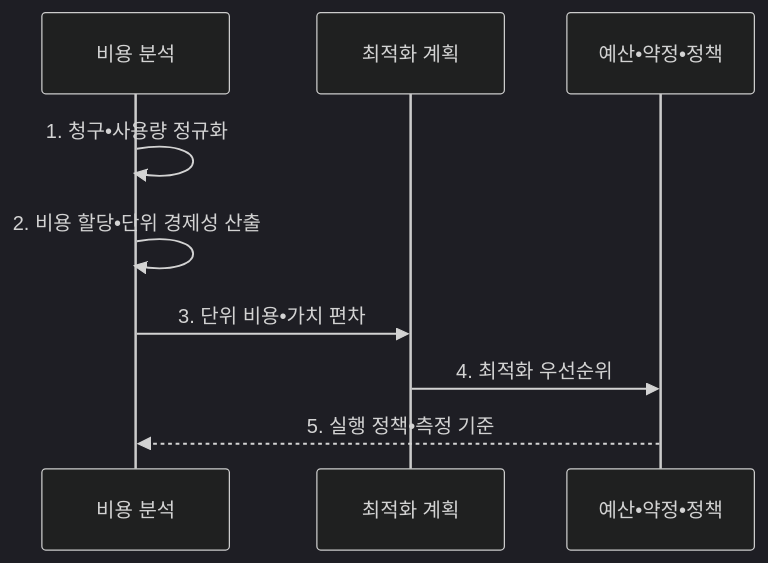
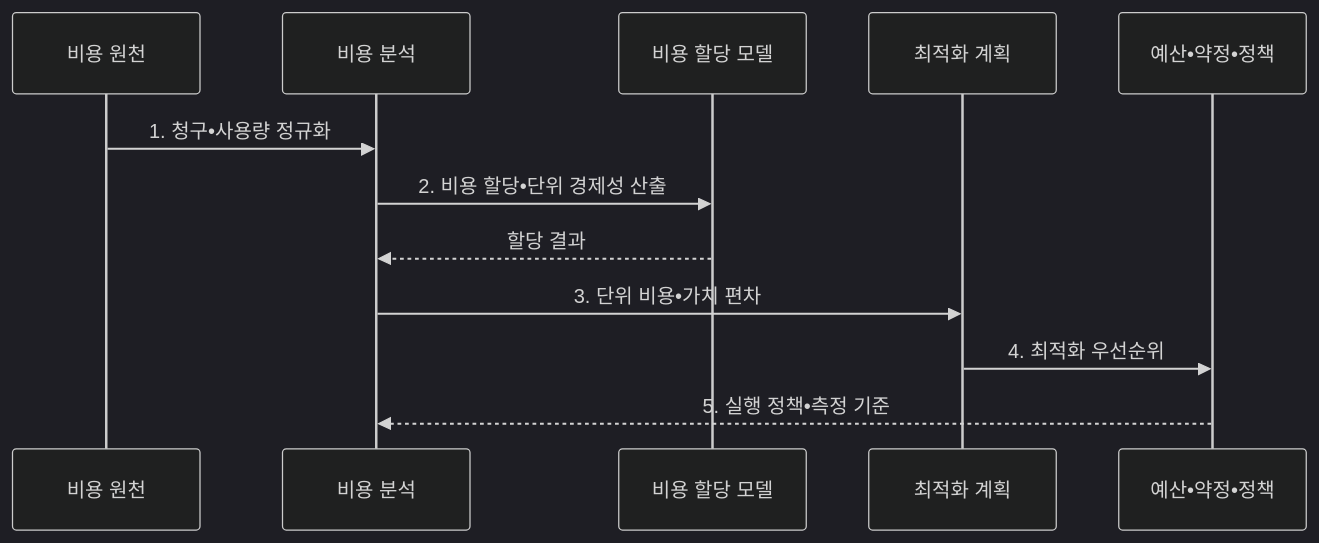
Before and after one commit to agnusdei1207/knowledge-base: the second of 2 diagrams in src/content/docs/notes/03-software/147_finops.md, drawn with Mermaid (dark theme). The commit also changed other lines of this file and 7 other files, not shown here.

````diff
--- a/src/content/docs/notes/03-software/147_finops.md
+++ b/src/content/docs/notes/03-software/147_finops.md
@@ -107,11 +107,14 @@
 ```mermaid
 sequenceDiagram
+    participant S as 비용 원천
     participant A as 비용 분석
+    participant C as 비용 할당 모델
     participant B as 최적화 계획
     participant P as 예산•약정•정책
-    A->>A: 1. 청구•사용량 정규화
-    A->>A: 2. 비용 할당•단위 경제성 산출
+    S->>A: 1. 청구•사용량 정규화
+    A->>C: 2. 비용 할당•단위 경제성 산출
+    C-->>A: 할당 결과
     A->>B: 3. 단위 비용•가치 편차
     B->>P: 4. 최적화 우선순위
     P-->>A: 5. 실행 정책•측정 기준
 ```
````
